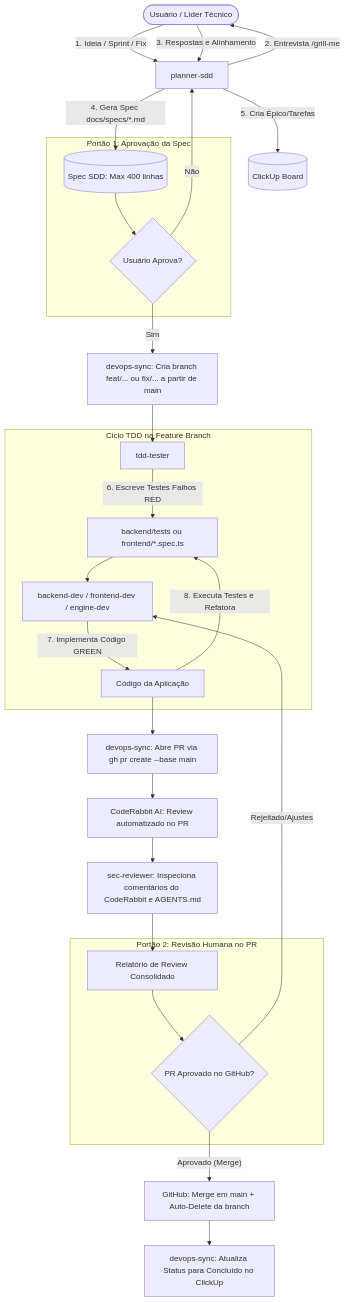
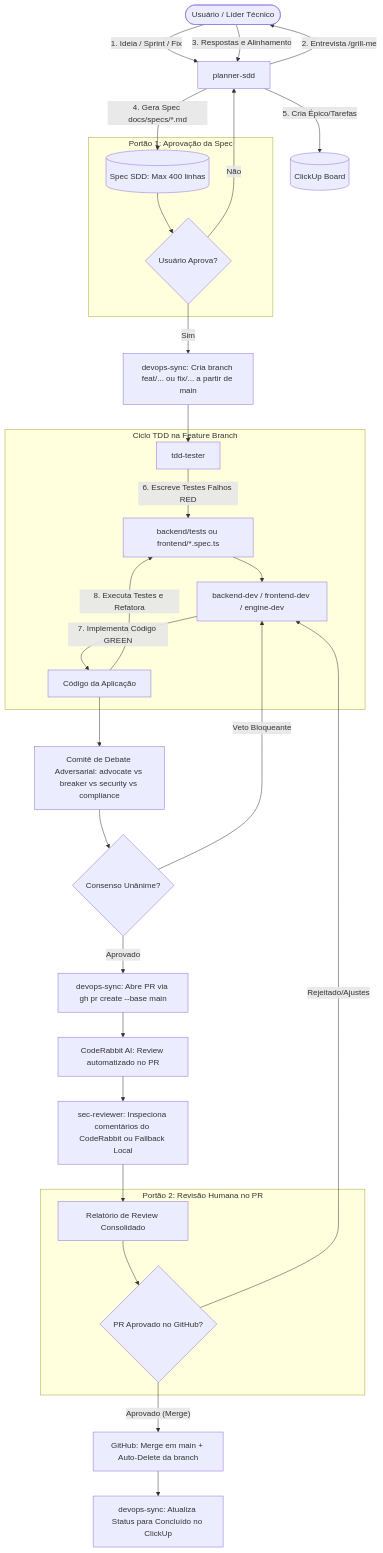
The diagram in .agent/workflows/sdd-cycle.md (ValdVdC/Fabrica-de-Software-Gerenciador-de-salas), drawn with Mermaid before and after one commit. The commit also changed other lines of this file and 3 other files, not shown here.

Commit message:
chore(governance): instituir comite de debate adversarial multi-agente pre-pr

````diff
--- a/.agent/workflows/sdd-cycle.md
+++ b/.agent/workflows/sdd-cycle.md
@@ -9,37 +9,41 @@
 ```mermaid
 flowchart TD
     User([Usuário / Líder Técnico]) -->|1. Ideia / Sprint / Fix| Planner[planner-sdd]
     Planner -->|2. Entrevista /grill-me| User
     User -->|3. Respostas e Alinhamento| Planner
     Planner -->|4. Gera Spec docs/specs/*.md| Spec[(Spec SDD: Max 400 linhas)]
     Planner -->|5. Cria Épico/Tarefas| ClickUp[(ClickUp Board)]
     
     subgraph Gate1 [Portão 1: Aprovação da Spec]
         Spec --> UserApproval1{Usuário Aprova?}
     end
     
     UserApproval1 -- Não --> Planner
     UserApproval1 -- Sim --> DevOpsBranch[devops-sync: Cria branch feat/... ou fix/... a partir de main]
     DevOpsBranch --> Tester[tdd-tester]
     
     subgraph TDD_Cycle [Ciclo TDD na Feature Branch]
         Tester -->|6. Escreve Testes Falhos RED| TestSuite[backend/tests ou frontend/*.spec.ts]
         TestSuite --> Dev[backend-dev / frontend-dev / engine-dev]
         Dev -->|7. Implementa Código GREEN| Codebase[Código da Aplicação]
         Codebase -->|8. Executa Testes e Refatora| TestSuite
     end
     
-    Codebase --> OpenPR[devops-sync: Abre PR via gh pr create --base main]
+    Codebase --> AdversarialDebate[Comitê de Debate Adversarial: advocate vs breaker vs security vs compliance]
+    AdversarialDebate --> ArbiterVerdict{Consenso Unânime?}
+    ArbiterVerdict -- Veto Bloqueante --> Dev
+    ArbiterVerdict -- Aprovado --> OpenPR[devops-sync: Abre PR via gh pr create --base main]
+    
     OpenPR --> AIRabbit[CodeRabbit AI: Review automatizado no PR]
-    AIRabbit --> SecReview[sec-reviewer: Inspeciona comentários do CodeRabbit e AGENTS.md]
+    AIRabbit --> SecReview[sec-reviewer: Inspeciona comentários do CodeRabbit ou Fallback Local]
     SecReview --> AuditReport[Relatório de Review Consolidado]
     
     subgraph Gate2 [Portão 2: Revisão Humana no PR]
         AuditReport --> UserApproval2{PR Aprovado no GitHub?}
     end
     
     UserApproval2 -- Rejeitado/Ajustes --> Dev
     UserApproval2 -- Aprovado (Merge) --> AutoDelete[GitHub: Merge em main + Auto-Delete da branch]
     
     AutoDelete --> FinalSync[devops-sync: Atualiza Status para Concluído no ClickUp]
 ```
````
